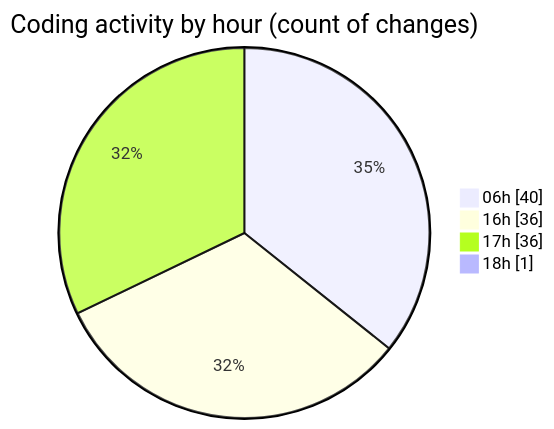
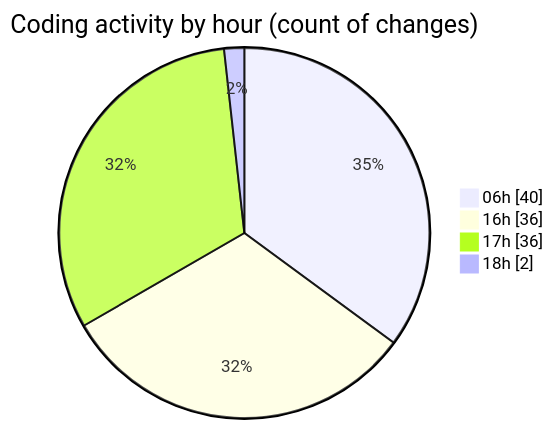
One commit to charlie-sans/code-tracking changed the second of 2 diagrams in 2025-02-25/micros/README.md. Above: the diagram before and after it, drawn with Mermaid. The commit also changed other lines of this file and 1 other file, not shown here.

````diff
--- a/2025-02-25/micros/README.md
+++ b/2025-02-25/micros/README.md
@@ -66,8 +66,8 @@
 ```mermaid
 pie showData
 title Coding activity by hour (count of changes)
 "06h" : 40
 "16h" : 36
 "17h" : 36
-"18h" : 1
+"18h" : 2
 ```
````
